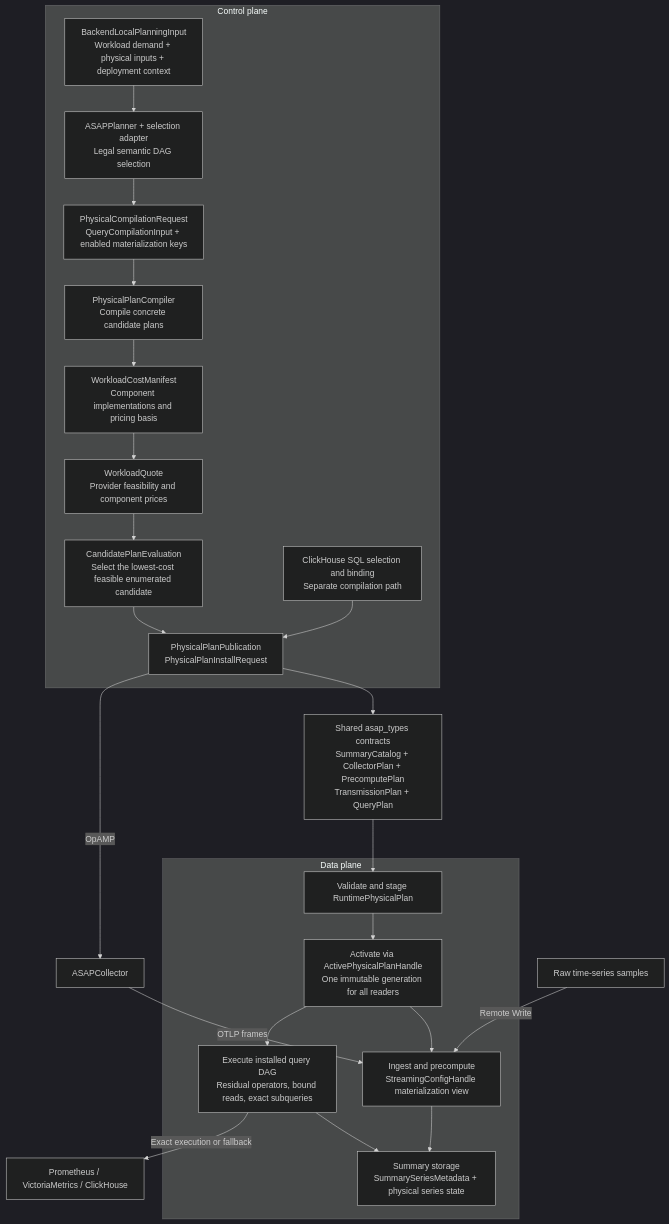
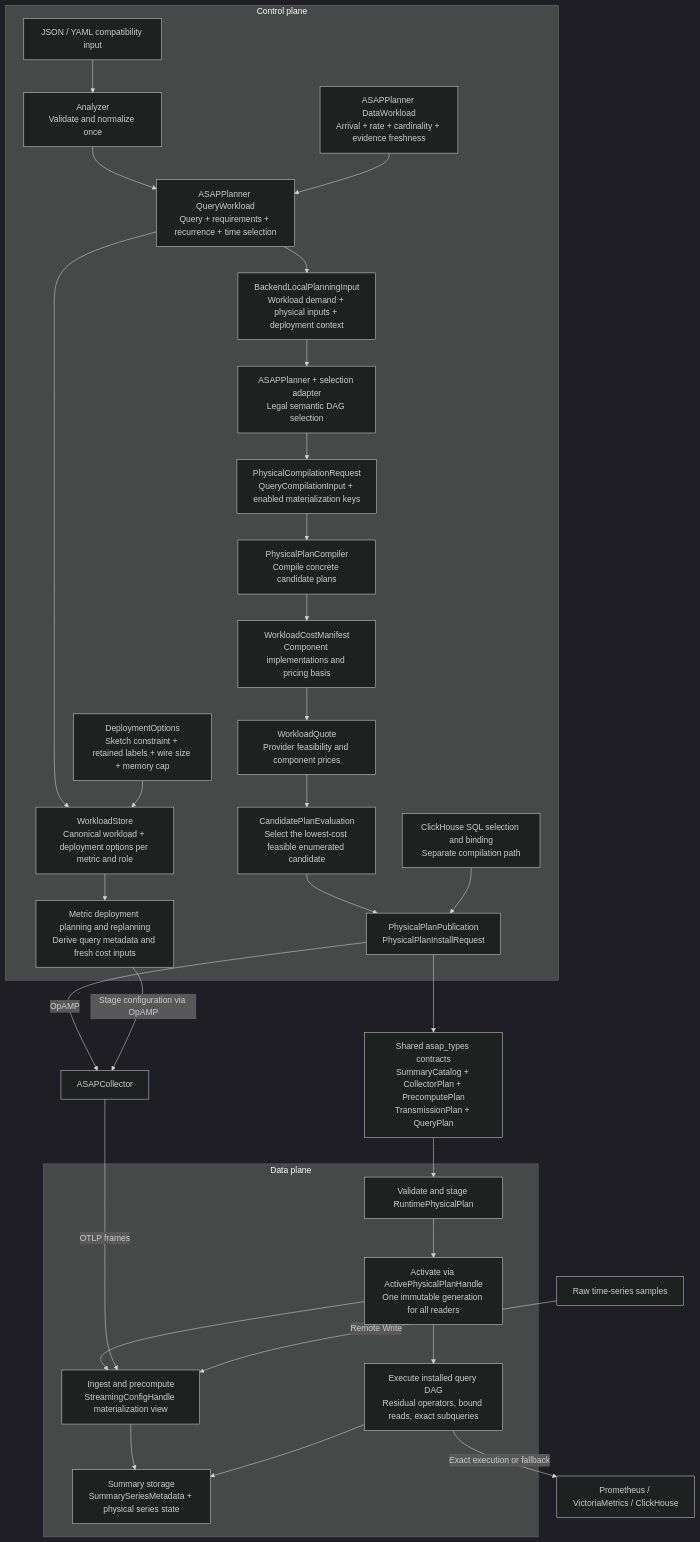
The diagram in docs/developer_docs/control-plane/planning-terminology.md (ProjectASAP/ASAPQuery-backend), drawn with Mermaid (dark theme) before and after one commit. The commit also changed other lines of this file and 17 other files, not shown here.

````diff
--- a/docs/developer_docs/control-plane/planning-terminology.md
+++ b/docs/developer_docs/control-plane/planning-terminology.md
@@ -7,33 +7,47 @@
 ```mermaid
 flowchart TB
     subgraph CP[Control plane]
+        DTO["JSON / YAML compatibility input"]
+        NORMALIZE["Analyzer<br/>Validate and normalize once"]
+        WORKLOAD["ASAPPlanner QueryWorkload<br/>Query + requirements + recurrence + time selection"]
+        DATA["ASAPPlanner DataWorkload<br/>Arrival + rate + cardinality + evidence freshness"]
+        OPTIONS["DeploymentOptions<br/>Sketch constraint + retained labels + wire size + memory cap"]
+        REGISTRY["WorkloadStore<br/>Canonical workload + deployment options per metric and role"]
+        METRIC["Metric deployment planning and replanning<br/>Derive query metadata and fresh cost inputs"]
+        DTO --> NORMALIZE --> WORKLOAD
+        DATA --> WORKLOAD
+        WORKLOAD --> REGISTRY
+        OPTIONS --> REGISTRY
+        REGISTRY --> METRIC
         INPUT["BackendLocalPlanningInput<br/>Workload demand + physical inputs + deployment context"]
         LOGICAL["ASAPPlanner + selection adapter<br/>Legal semantic DAG selection"]
         REQUEST["PhysicalCompilationRequest<br/>QueryCompilationInput + enabled materialization keys"]
         COMPILE["PhysicalPlanCompiler<br/>Compile concrete candidate plans"]
         MANIFEST["WorkloadCostManifest<br/>Component implementations and pricing basis"]
         QUOTE["WorkloadQuote<br/>Provider feasibility and component prices"]
         EVALUATE["CandidatePlanEvaluation<br/>Select the lowest-cost feasible enumerated candidate"]
         SQL["ClickHouse SQL selection and binding<br/>Separate compilation path"]
         PUBLICATION["PhysicalPlanPublication<br/>PhysicalPlanInstallRequest"]
+        WORKLOAD --> INPUT
         INPUT --> LOGICAL --> REQUEST --> COMPILE --> MANIFEST
         MANIFEST --> QUOTE --> EVALUATE --> PUBLICATION
         SQL --> PUBLICATION
     end
     CONTRACT["Shared asap_types contracts<br/>SummaryCatalog + CollectorPlan + PrecomputePlan<br/>TransmissionPlan + QueryPlan"]
     subgraph DP[Data plane]
         STAGE["Validate and stage RuntimePhysicalPlan"]
         ACTIVE["Activate via ActivePhysicalPlanHandle<br/>One immutable generation for all readers"]
         MAINTAIN["Ingest and precompute<br/>StreamingConfigHandle materialization view"]
         QUERY["Execute installed query DAG<br/>Residual operators, bound reads, exact subqueries"]
         STORE["Summary storage<br/>SummarySeriesMetadata + physical series state"]
         STAGE --> ACTIVE
         ACTIVE --> MAINTAIN --> STORE
         ACTIVE --> QUERY --> STORE
     end
     PUBLICATION --> CONTRACT --> STAGE
     PUBLICATION -->|OpAMP| COLLECTOR[ASAPCollector]
+    METRIC -->|Stage configuration via OpAMP| COLLECTOR
     COLLECTOR -->|OTLP frames| MAINTAIN
     RAW[Raw time-series samples] -->|Remote Write| MAINTAIN
     QUERY -->|Exact execution or fallback| EXACT[Prometheus / VictoriaMetrics / ClickHouse]
 ```
````
